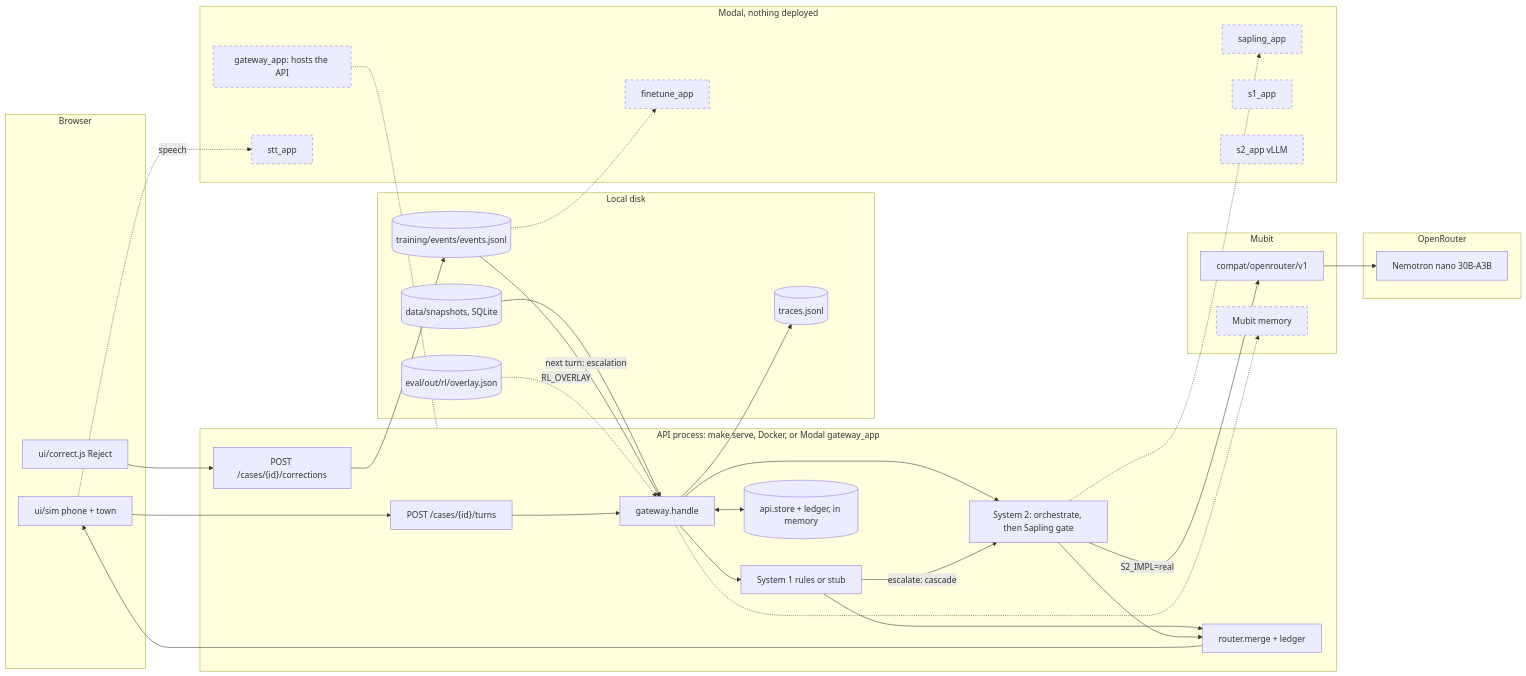
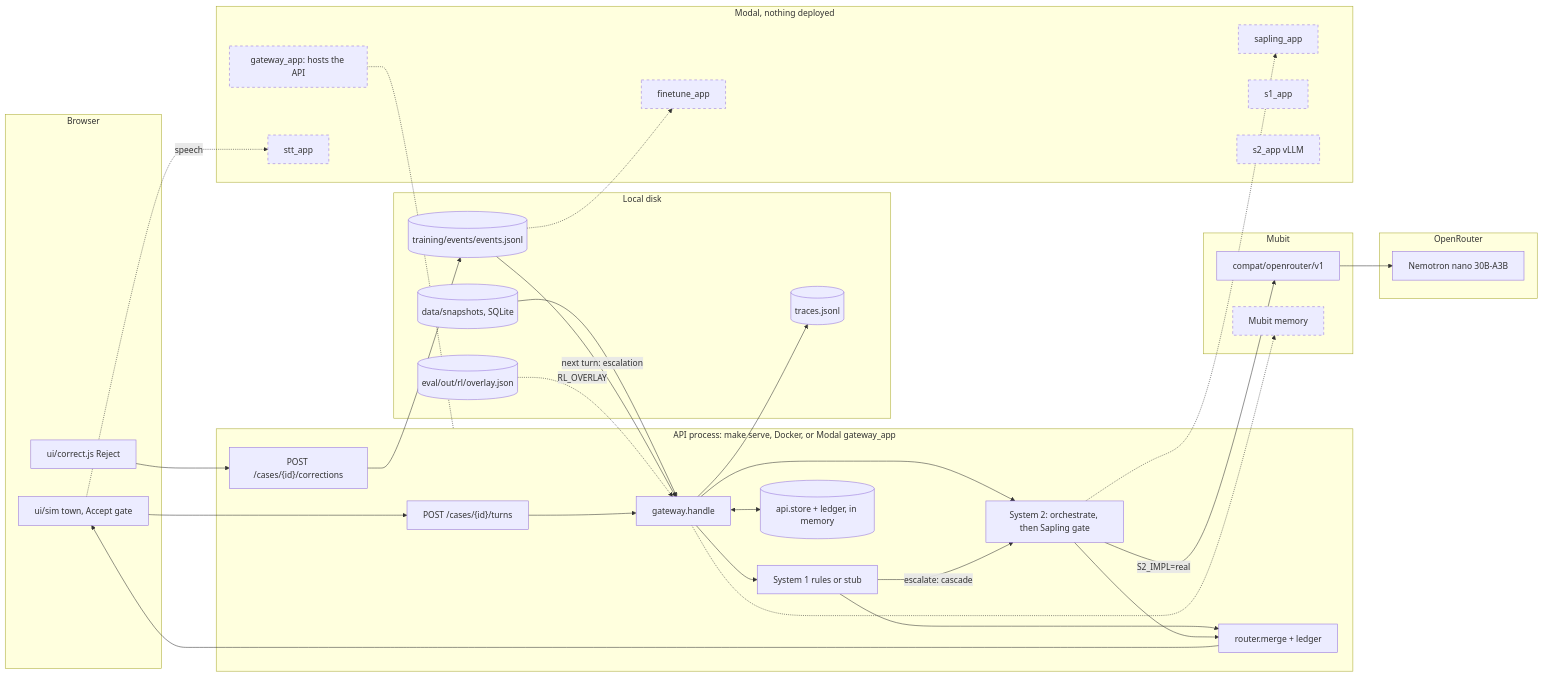
Before and after one commit to melaniepreen/Baan-Safe: the third of 3 diagrams in BaanSafe_Revised_Architecture.md, drawn with Mermaid. The commit also changed other lines of this file and 1 other file, not shown here.

First line of the commit message:
docs: refresh architecture diagram (d8bbae6)

````diff
--- a/BaanSafe_Revised_Architecture.md
+++ b/BaanSafe_Revised_Architecture.md
@@ -91,57 +93,57 @@
 ```mermaid
 flowchart LR
   classDef unwired stroke-dasharray: 5 5
   subgraph browser["Browser"]
-    phone["ui/sim phone + town"]
+    phone["ui/sim town, Accept gate"]
     correct["ui/correct.js Reject"]
   end
   subgraph api["API process: make serve, Docker, or Modal gateway_app"]
     turns["POST /cases/{id}/turns"]
     gw["gateway.handle"]
     s1["System 1 rules or stub"]
     s2["System 2: orchestrate, then Sapling gate"]
     router["router.merge + ledger"]
     corr["POST /cases/{id}/corrections"]
     store[("api.store + ledger, in memory")]
   end
   subgraph disk["Local disk"]
     events[("training/events/events.jsonl")]
     traces[("traces.jsonl")]
     snaps[("data/snapshots, SQLite")]
     overlay[("eval/out/rl/overlay.json")]
   end
   subgraph mubit["Mubit"]
     compat["compat/openrouter/v1"]
     mmem["Mubit memory"]:::unwired
   end
   subgraph orouter["OpenRouter"]
     nano["Nemotron nano 30B-A3B"]
   end
   subgraph modal["Modal, nothing deployed"]
     gapp["gateway_app: hosts the API"]:::unwired
     sap["sapling_app"]:::unwired
     ft["finetune_app"]:::unwired
     stt["stt_app"]:::unwired
     s1app["s1_app"]:::unwired
     s2app["s2_app vLLM"]:::unwired
   end
   phone --> turns --> gw
   gw --> s1
   gw --> s2
   s1 -->|"escalate: cascade"| s2
   s2 -->|"S2_IMPL=real"| compat --> nano
   s1 --> router
   s2 --> router
   router --> phone
   gw <--> store
   gw --> traces
   snaps --> gw
   correct --> corr --> events
   events -->|"next turn: escalation"| gw
   overlay -.->|"RL_OVERLAY"| gw
   gw -.-> mmem
   s2 -.-> sap
   events -.-> ft
   phone -.->|"speech"| stt
   gapp -.- api
 ```
````
